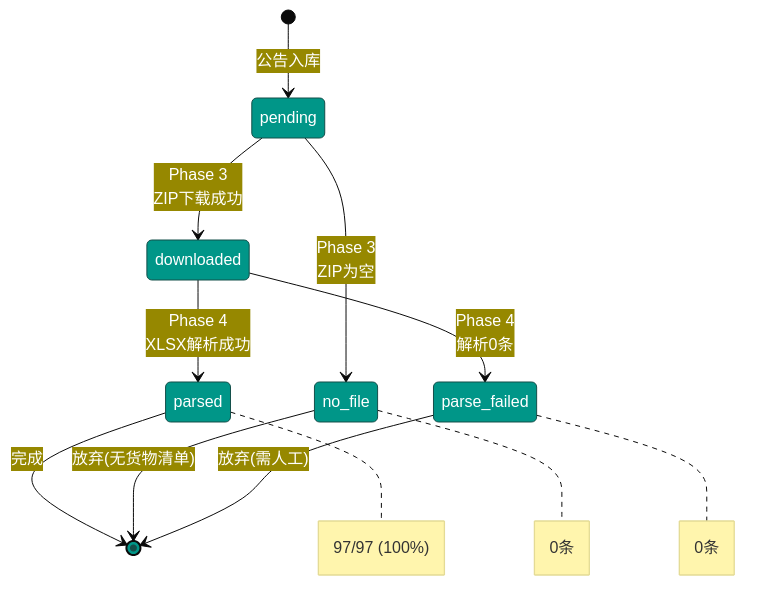
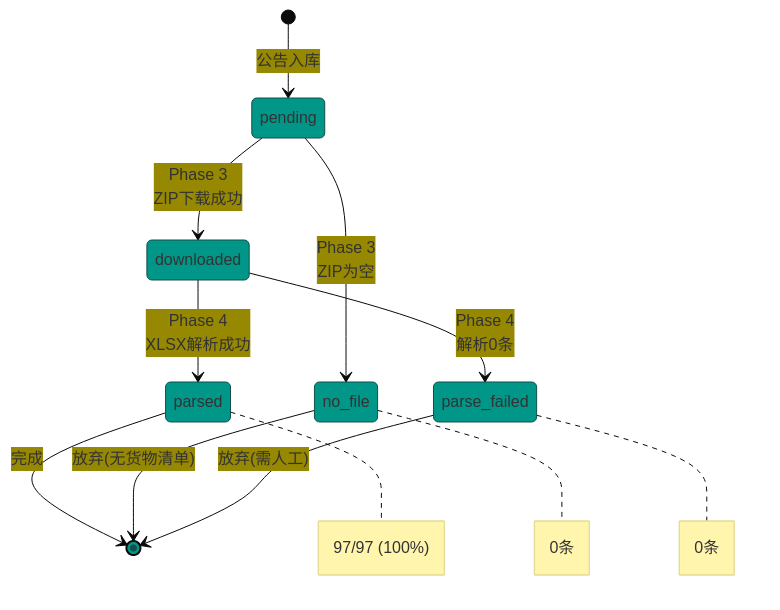
Before and after one commit to lilacseeking/bidding-ecp-data: the sixth of 6 diagrams in README.md, drawn with Mermaid. The commit also changed other lines of this file, not shown here.

First line of the commit message:
fix: 移除mermaid init中primaryTextColor白字, 保留深色节点style白字

````diff
--- a/README.md
+++ b/README.md
@@ -299,19 +299,19 @@
 ```mermaid
-%%{init: {'theme': 'base', 'themeVariables': { 'primaryColor': '#009688', 'primaryTextColor': '#fff'}}}%%
+%%{init: {'theme': 'base', 'themeVariables': { 'primaryColor': '#009688'}}}%%
 stateDiagram-v2
     [*] --> pending: 公告入库
 
     pending --> downloaded: Phase 3<br/>ZIP下载成功
     pending --> no_file: Phase 3<br/>ZIP为空
 
     downloaded --> parsed: Phase 4<br/>XLSX解析成功
     downloaded --> parse_failed: Phase 4<br/>解析0条
 
     parsed --> [*]: 完成
     no_file --> [*]: 放弃(无货物清单)
     parse_failed --> [*]: 放弃(需人工)
 
     note right of parsed: 97/97 (100%)
     note right of no_file: 0条
     note right of parse_failed: 0条
 ```
````
